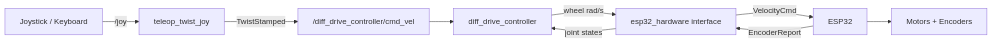
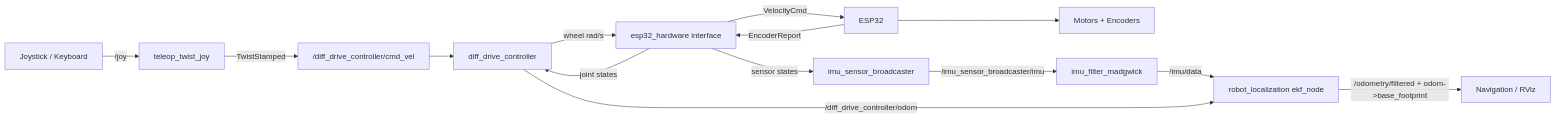
One commit to hari729/slabs_bot_0 changed the diagram in README.md. Above: the diagram before and after it, drawn with Mermaid. The commit also changed other lines of this file and 18 other files, not shown here.

Commit message:
integrate MPU6050 IMU with EKF sensor fusion

````diff
--- a/README.md
+++ b/README.md
@@ -71,11 +78,16 @@
 ```mermaid
 flowchart LR
     A[Joystick / Keyboard] -->|/joy| B[teleop_twist_joy]
     B -->|TwistStamped| C["/diff_drive_controller/cmd_vel"]
     C --> D[diff_drive_controller]
     D -->|wheel rad/s| E[esp32_hardware interface]
     E -->|VelocityCmd| F[ESP32]
     F -->|EncoderReport| E
     E -->|joint states| D
     F --> G[Motors + Encoders]
+    E -->|sensor states| H[imu_sensor_broadcaster]
+    H -->|/imu_sensor_broadcaster/imu| I[imu_filter_madgwick]
+    I -->|/imu/data| J[robot_localization ekf_node]
+    D -->|/diff_drive_controller/odom| J
+    J -->|/odometry/filtered + odom->base_footprint| K[Navigation / RViz]
 ```
````
